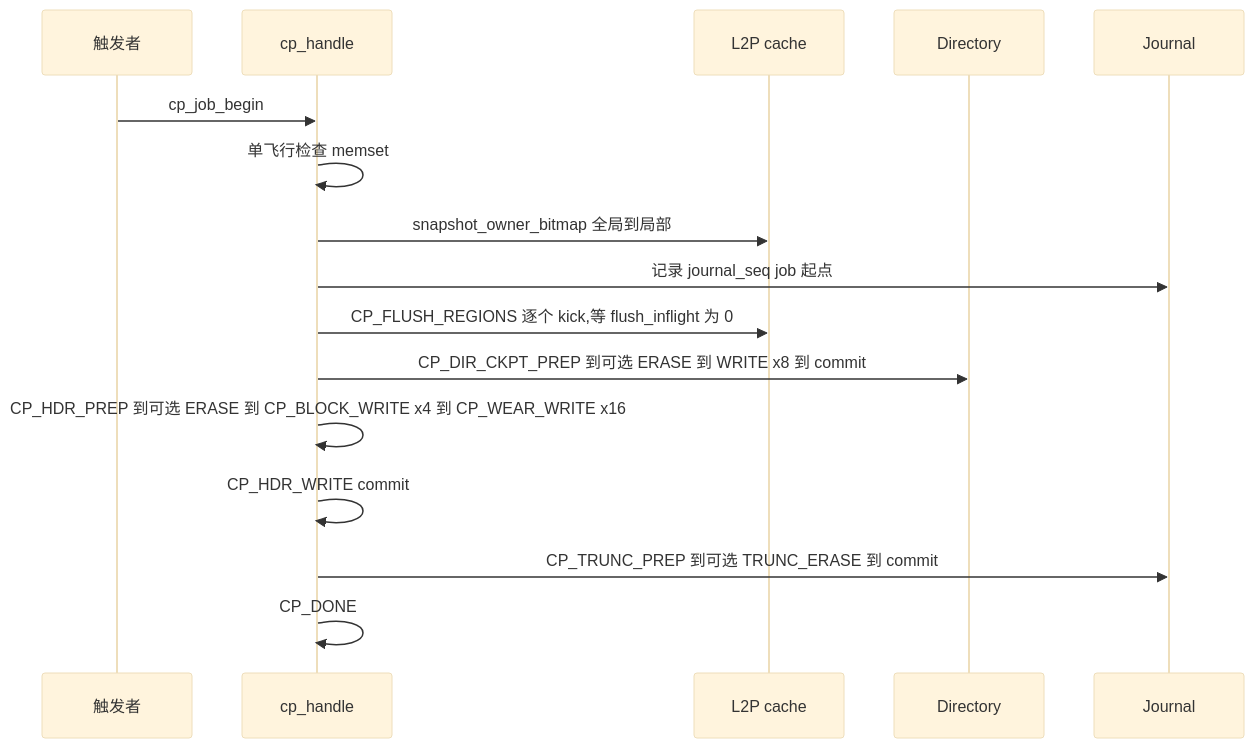
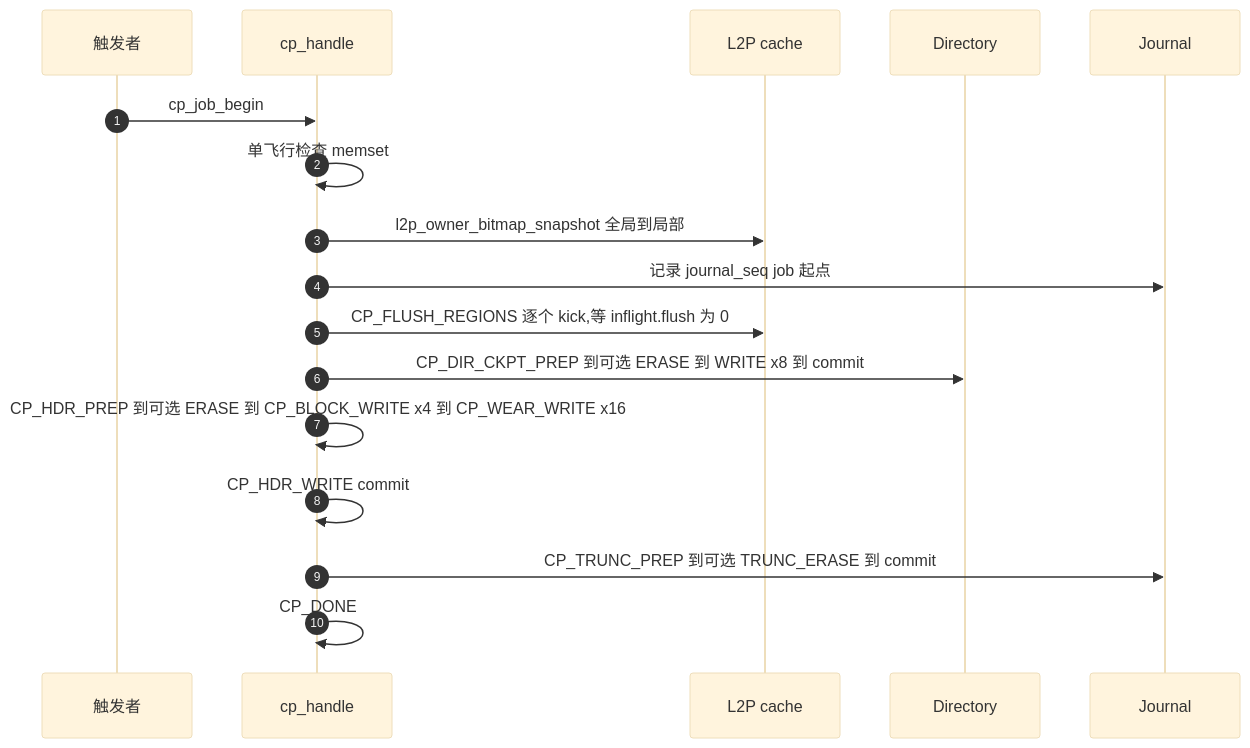
Diagram 47 of 50 in docs/design/ftl_design.md (YzYMIAO/BASESSD), drawn with Mermaid (base theme) before and after one commit. The commit also changed other lines of this file and 42 other files, not shown here.

````diff
--- a/docs/design/ftl_design.md
+++ b/docs/design/ftl_design.md
@@ -4722,19 +5063,20 @@
 ```mermaid
 sequenceDiagram
  participant T as 触发者
+    autonumber
  participant CP as cp_handle
  participant L as L2P cache
  participant D as Directory
  participant J as Journal
 
  T->>CP: cp_job_begin
  CP->>CP: 单飞行检查 memset
- CP->>L: snapshot_owner_bitmap 全局到局部
+ CP->>L: l2p_owner_bitmap_snapshot 全局到局部
  CP->>J: 记录 journal_seq job 起点
- CP->>L: CP_FLUSH_REGIONS 逐个 kick,等 flush_inflight 为 0
+ CP->>L: CP_FLUSH_REGIONS 逐个 kick,等 inflight.flush 为 0
  CP->>D: CP_DIR_CKPT_PREP 到可选 ERASE 到 WRITE x8 到 commit
  CP->>CP: CP_HDR_PREP 到可选 ERASE 到 CP_BLOCK_WRITE x4 到 CP_WEAR_WRITE x16
  CP->>CP: CP_HDR_WRITE commit
  CP->>J: CP_TRUNC_PREP 到可选 TRUNC_ERASE 到 commit
  CP->>CP: CP_DONE
 ```
````
